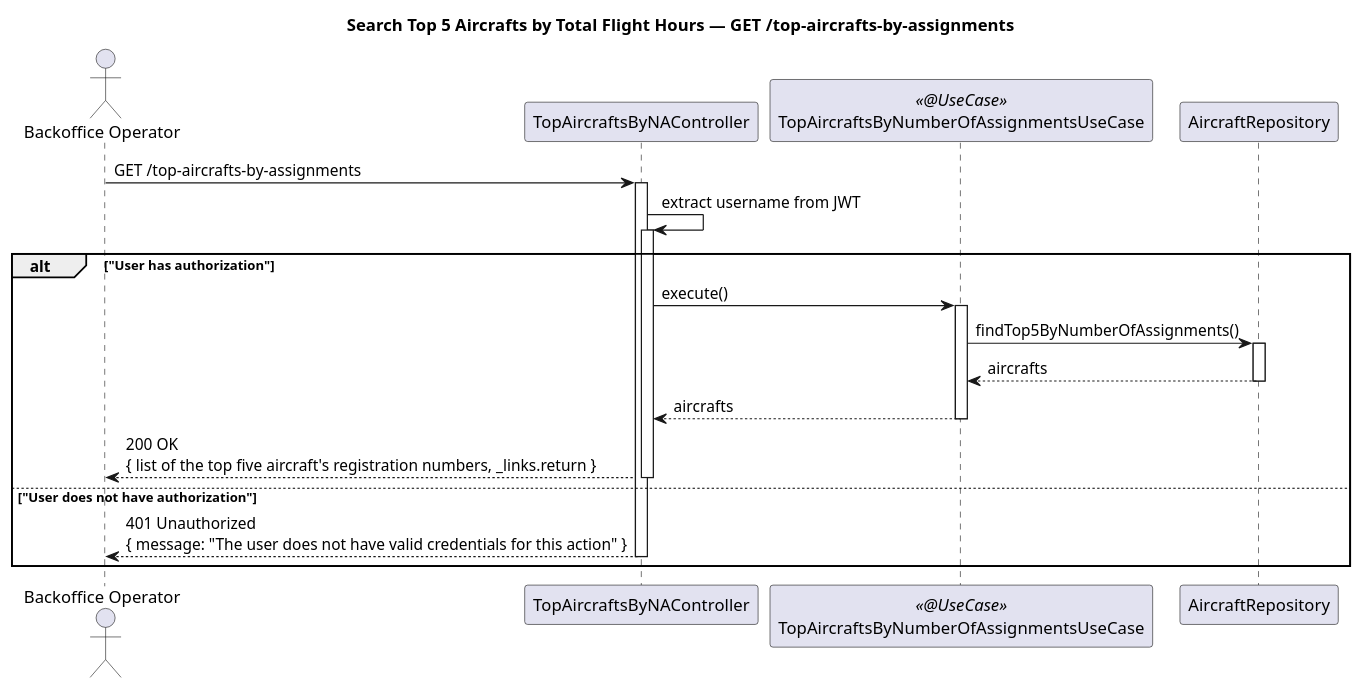
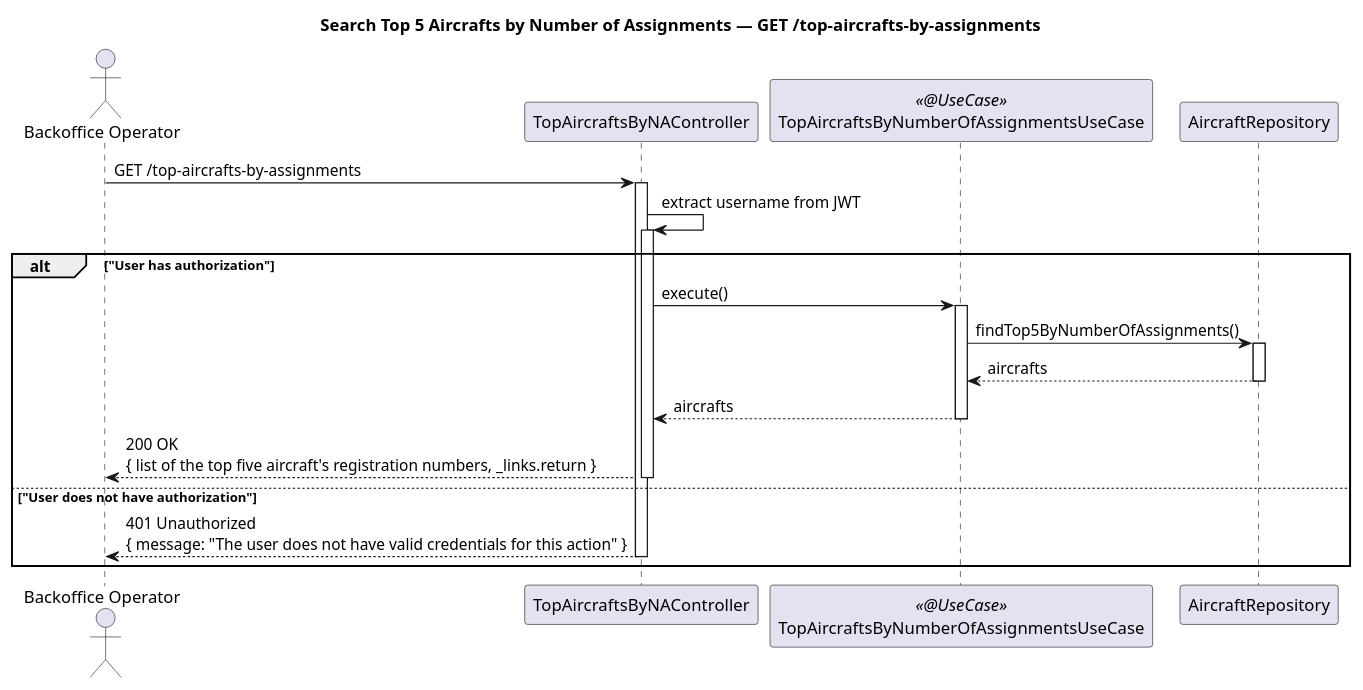
One commit to miguelsiilva1/PSOFT_1241008_1241131_1200858_1210977 changed the diagram in docs/system-documentation/WP#1B/US204/US204_SD/US204_SD_2.puml. Above: the diagram before and after it, drawn with PlantUML. The commit also changed 64 other files, not shown here.

Commit message:
- Conclusão da documentação para o WP#1B - Escrita do código relativo às USs - Exportação para PNG dos diagramas - Criação da documentação Open API - Implementado o bootstrap de Aircrafts e Aircraft Models

```diff
--- a/docs/system-documentation/WP#1B/US204/US204_SD/US204_SD_2.puml
+++ b/docs/system-documentation/WP#1B/US204/US204_SD/US204_SD_2.puml
@@ -1,24 +1,24 @@
 @startuml
-title Search Top 5 Aircrafts by Total Flight Hours — GET /top-aircrafts-by-assignments
+title Search Top 5 Aircrafts by Number of Assignments — GET /top-aircrafts-by-assignments
 
 autoactivate on
 
 actor "Backoffice Operator" as BO
 participant TopAircraftsByNAController
 participant TopAircraftsByNumberOfAssignmentsUseCase <<@UseCase>>
 participant AircraftRepository
 
 BO -> TopAircraftsByNAController : GET /top-aircrafts-by-assignments
 
 TopAircraftsByNAController -> TopAircraftsByNAController : extract username from JWT
 alt "User has authorization"
     TopAircraftsByNAController -> TopAircraftsByNumberOfAssignmentsUseCase : execute()
         TopAircraftsByNumberOfAssignmentsUseCase -> AircraftRepository : findTop5ByNumberOfAssignments()
         AircraftRepository --> TopAircraftsByNumberOfAssignmentsUseCase : aircrafts
     TopAircraftsByNumberOfAssignmentsUseCase --> TopAircraftsByNAController : aircrafts
 TopAircraftsByNAController --> BO : 200 OK\n{ list of the top five aircraft's registration numbers, _links.return }
 else "User does not have authorization"
 TopAircraftsByNAController --> BO : 401 Unauthorized\n{ message: "The user does not have valid credentials for this action" }
 end
 
 @enduml
```
